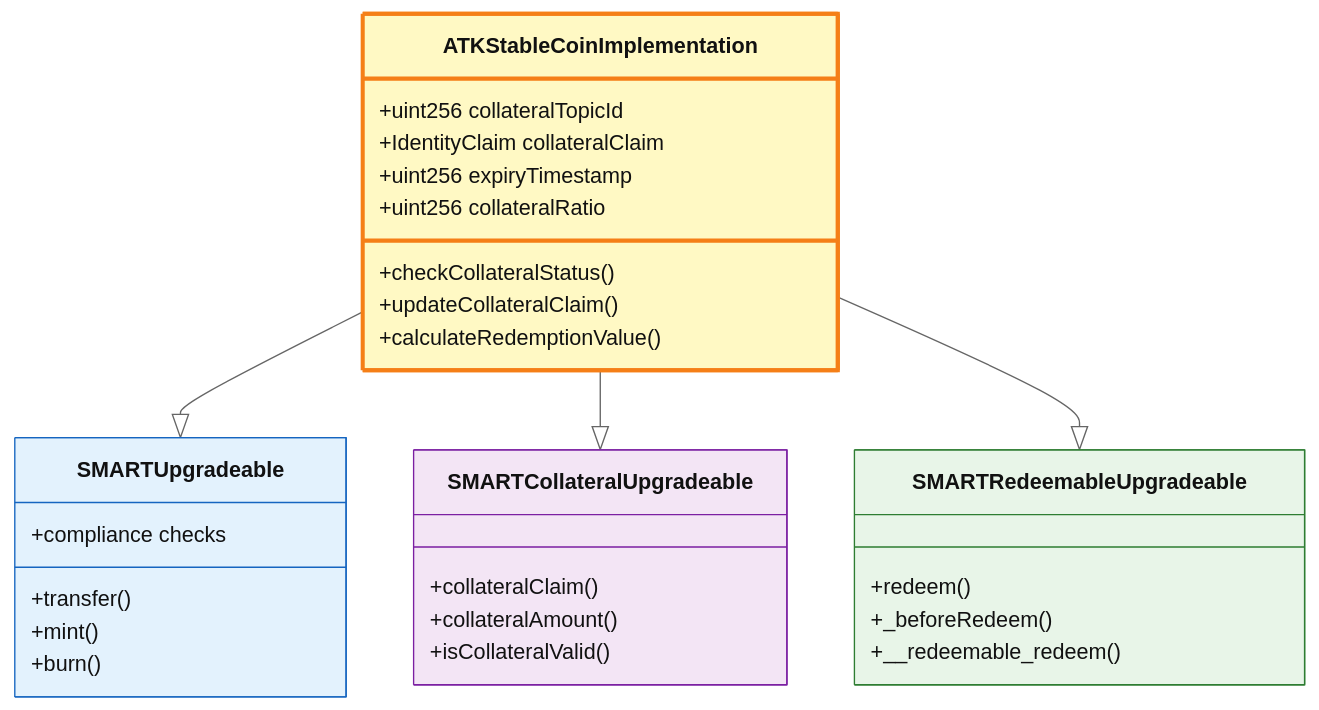
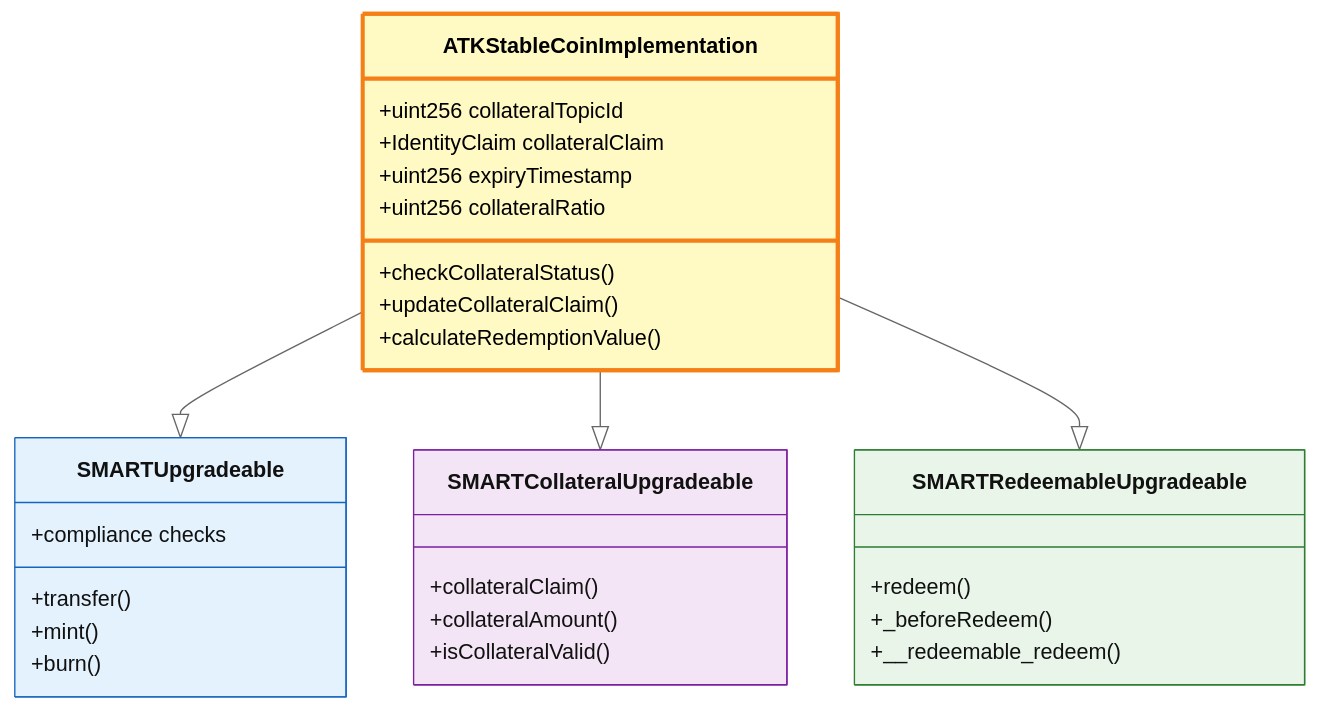
Before and after one commit to settlemint/asset-tokenization-kit: the first of 7 diagrams in designdocs/06-stablecoin-asset-workflow.md, drawn with Mermaid (neutral theme). The commit also changed other lines of this file and 17 other files, not shown here.

````diff
--- a/designdocs/06-stablecoin-asset-workflow.md
+++ b/designdocs/06-stablecoin-asset-workflow.md
@@ -9,41 +9,41 @@
 ```mermaid
 classDiagram
     class ATKStableCoinImplementation {
         +uint256 collateralTopicId
         +IdentityClaim collateralClaim
         +uint256 expiryTimestamp
         +uint256 collateralRatio
         
         +checkCollateralStatus()
         +updateCollateralClaim()
         +calculateRedemptionValue()
     }
     
     class SMARTUpgradeable {
         +transfer()
         +mint()
         +burn()
         +compliance checks
     }
     
     class SMARTCollateralUpgradeable {
         +collateralClaim()
         +collateralAmount()
         +isCollateralValid()
     }
     
     class SMARTRedeemableUpgradeable {
         +redeem()
         +_beforeRedeem()
         +__redeemable_redeem()
     }
     
     ATKStableCoinImplementation --|> SMARTUpgradeable
     ATKStableCoinImplementation --|> SMARTCollateralUpgradeable
     ATKStableCoinImplementation --|> SMARTRedeemableUpgradeable
     
-    style ATKStableCoinImplementation fill:#fff9c4,stroke:#f57f17,stroke-width:3px
+    style ATKStableCoinImplementation fill:#fff9c4,stroke:#f57f17,color:#000000,stroke-width:3px,color:#000000
     style SMARTUpgradeable fill:#e3f2fd,stroke:#1565c0
     style SMARTCollateralUpgradeable fill:#f3e5f5,stroke:#7b1fa2
     style SMARTRedeemableUpgradeable fill:#e8f5e8,stroke:#2e7d32
 ```
````
